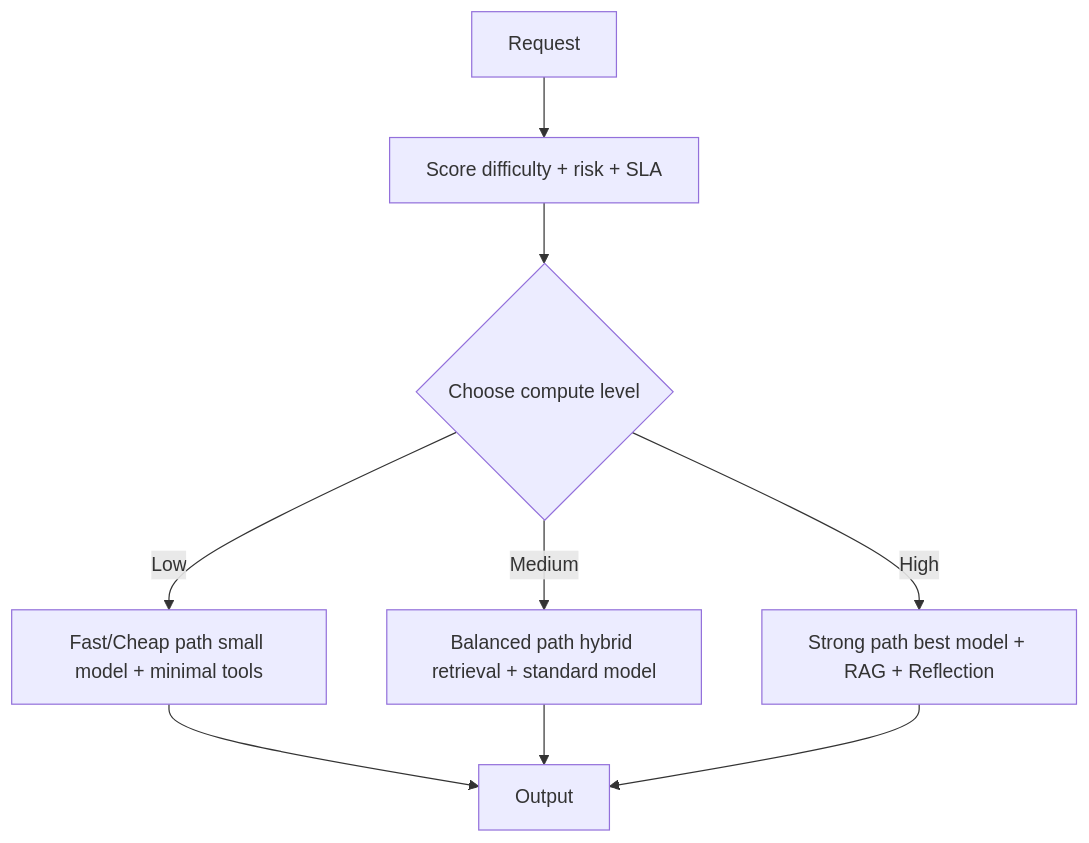
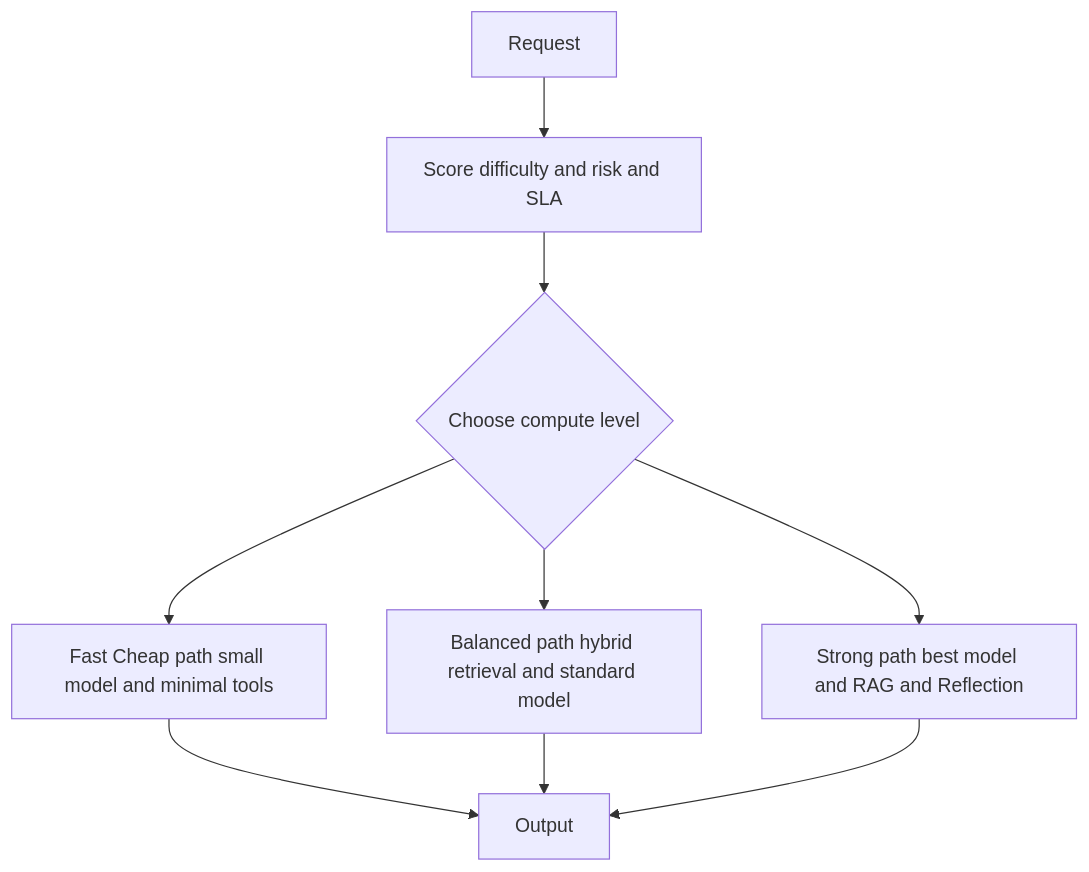
Before and after one commit to tonyjosephsebastians/AI-Design-patterns: diagram 16 of 21 in Agentic_Design_Patterns_21_Patterns_Guide.md, drawn with Mermaid. The commit also changed other lines of this file, not shown here.

````diff
--- a/Agentic_Design_Patterns_21_Patterns_Guide.md
+++ b/Agentic_Design_Patterns_21_Patterns_Guide.md
@@ -621,11 +621,11 @@
 ```mermaid
 flowchart TD
-I[Request] --> S[Score difficulty + risk + SLA]
+I[Request] --> S[Score difficulty and risk and SLA]
 S --> D{Choose compute level}
-D -->|Low| L1[Fast/Cheap path small model + minimal tools]
-D -->|Medium| L2[Balanced path hybrid retrieval + standard model]
-D -->|High| L3[Strong path best model + RAG + Reflection]
+D --> L1[Fast Cheap path small model and minimal tools]
+D --> L2[Balanced path hybrid retrieval and standard model]
+D --> L3[Strong path best model and RAG and Reflection]
 L1 --> O[Output]
 L2 --> O
 L3 --> O
 ```
````
